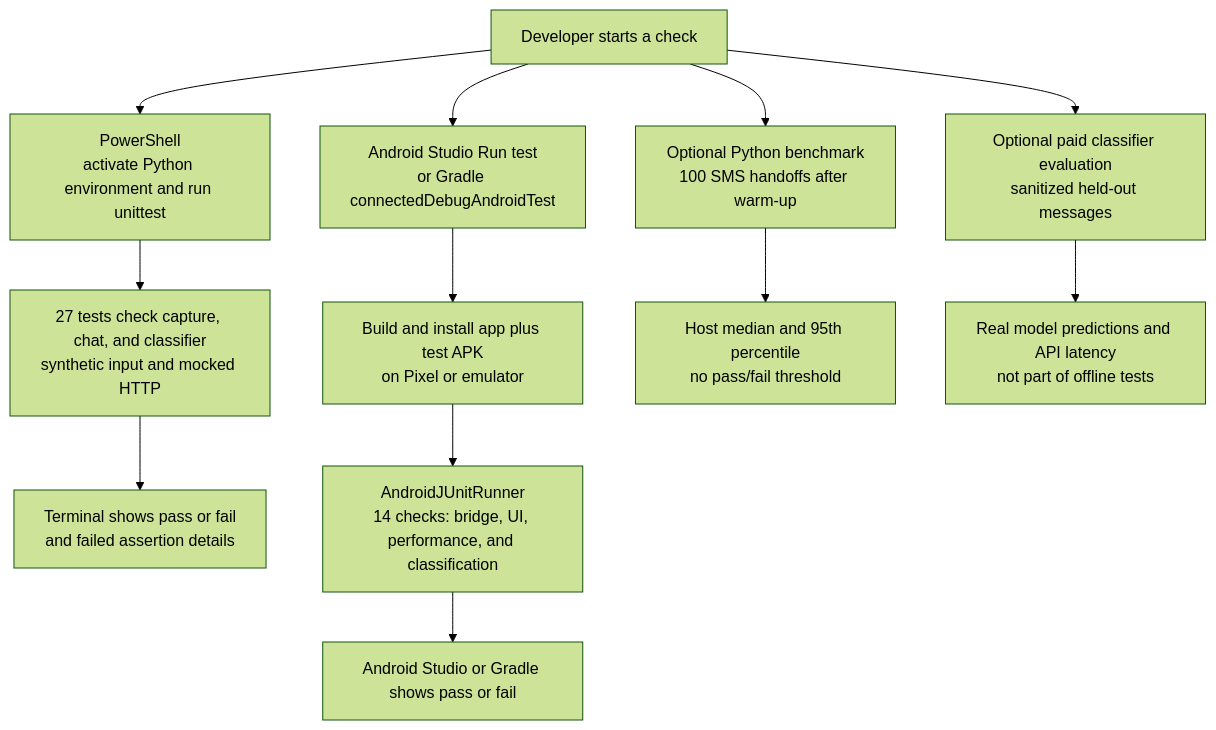
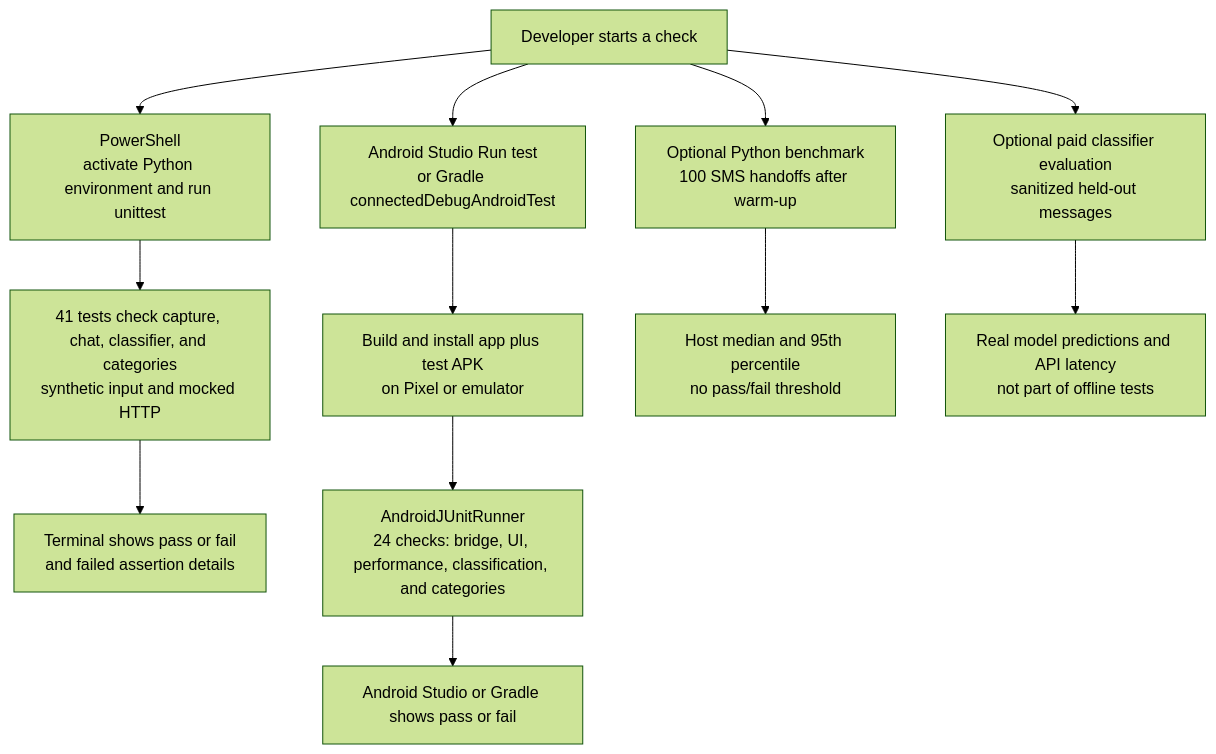
Before and after one commit to Abijith97/expense-tracker-with-mcp: the second of 3 diagrams in README.md, drawn with Mermaid (forest theme). The commit also changed other lines of this file and 26 other files, not shown here.

````diff
--- a/README.md
+++ b/README.md
@@ -138,17 +177,17 @@
 ```mermaid
 flowchart TB
     Developer[Developer starts a check]
     Developer --> Shell[PowerShell<br/>activate Python environment and run unittest]
-    Shell --> UnitTests[27 tests check capture, chat, and classifier<br/>synthetic input and mocked HTTP]
+    Shell --> UnitTests[41 tests check capture, chat, classifier, and categories<br/>synthetic input and mocked HTTP]
     UnitTests --> Terminal[Terminal shows pass or fail<br/>and failed assertion details]
 
     Developer --> Studio[Android Studio Run test<br/>or Gradle connectedDebugAndroidTest]
     Studio --> Install[Build and install app plus test APK<br/>on Pixel or emulator]
-    Install --> Runner[AndroidJUnitRunner<br/>14 checks: bridge, UI, performance, and classification]
+    Install --> Runner[AndroidJUnitRunner<br/>24 checks: bridge, UI, performance, classification, and categories]
     Runner --> Results[Android Studio or Gradle shows pass or fail]
 
     Developer --> Benchmark[Optional Python benchmark<br/>100 SMS handoffs after warm-up]
     Benchmark --> Timing[Host median and 95th percentile<br/>no pass/fail threshold]
     Developer --> LiveEval[Optional paid classifier evaluation<br/>sanitized held-out messages]
     LiveEval --> Accuracy[Real model predictions and API latency<br/>not part of offline tests]
 ```
````
